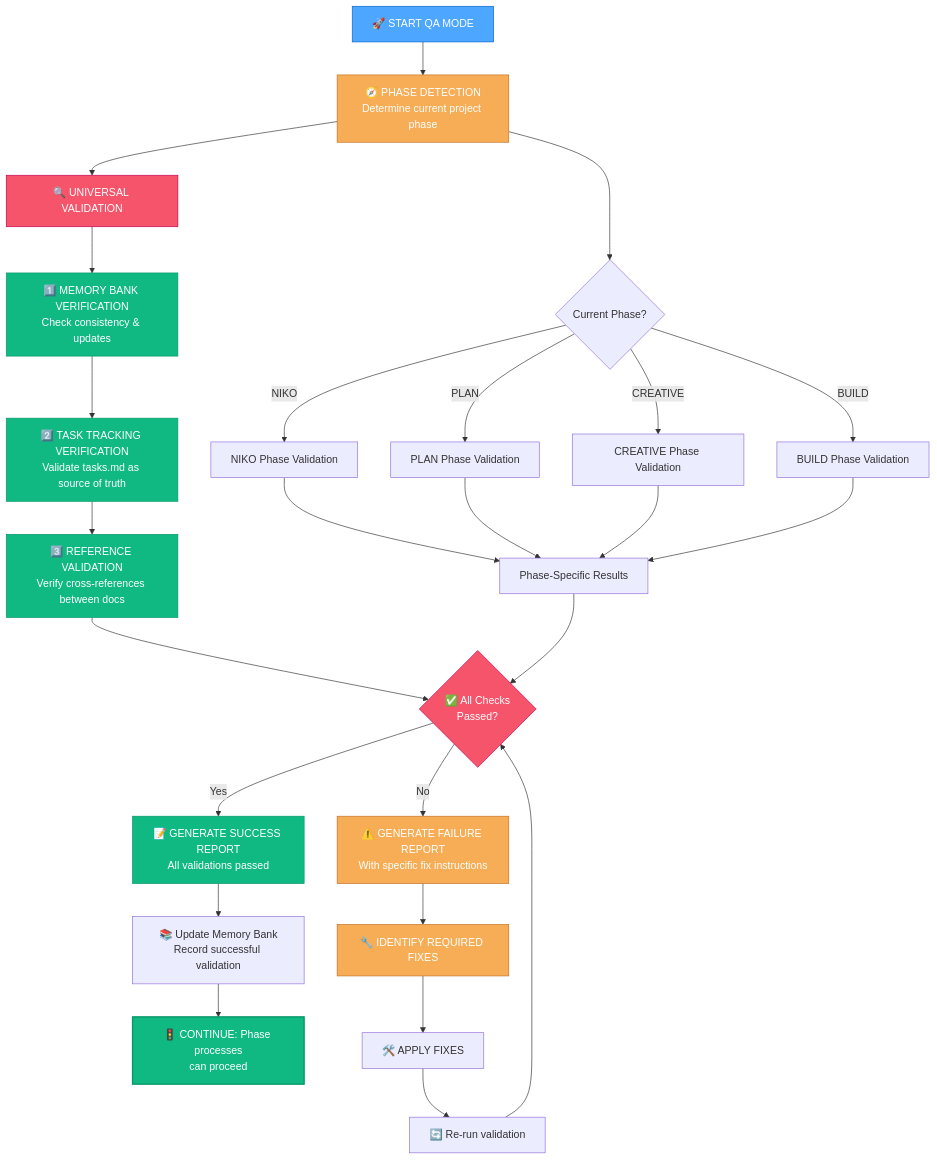
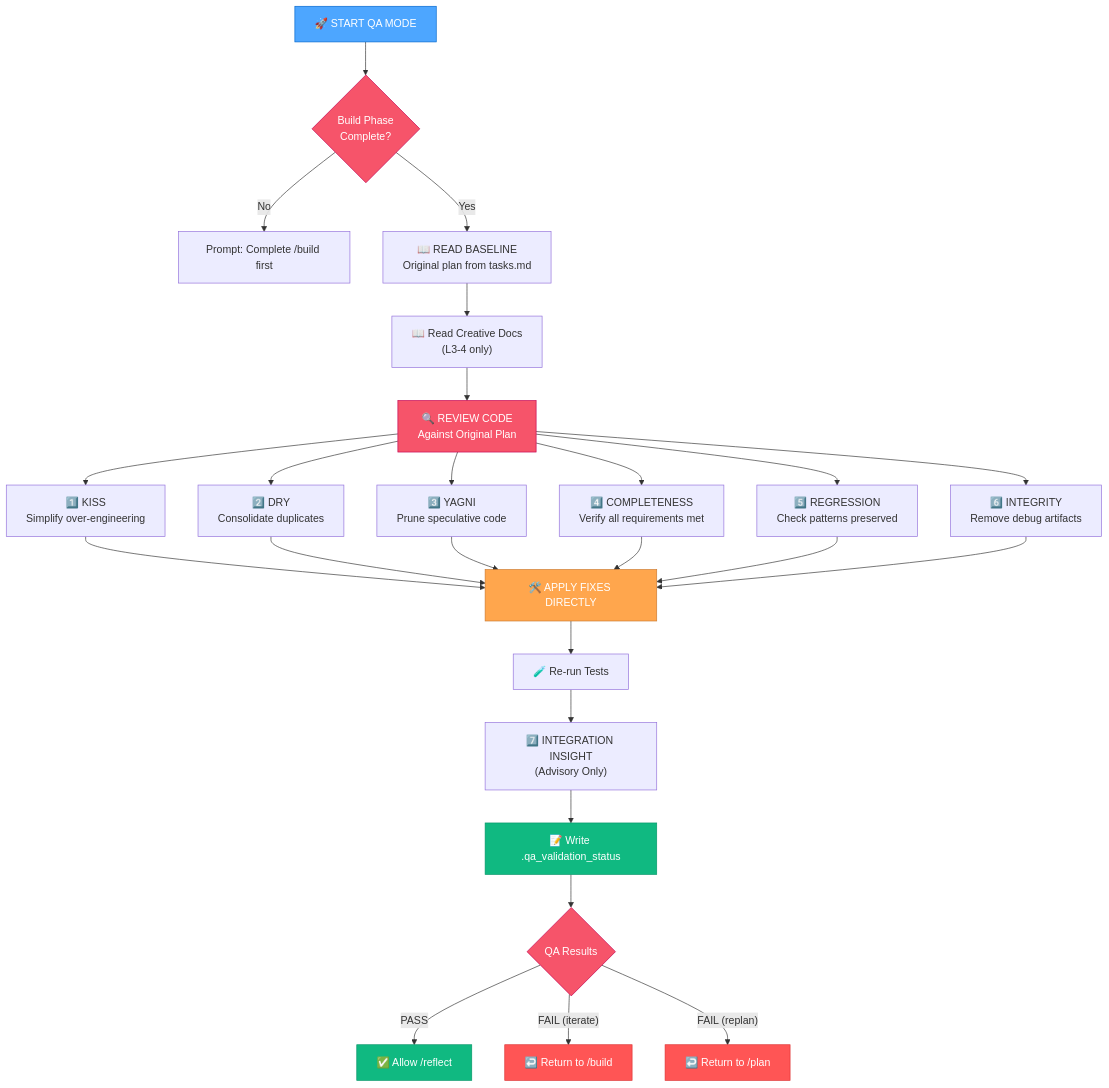
One commit to Texarkanine/.cursor-rules changed the first of 3 diagrams in rulesets/niko/niko/visual-maps/qa-mode-map.mdc. Above: the diagram before and after it, drawn with Mermaid. The commit also changed other lines of this file and 22 other files, not shown here.

````diff
--- a/rulesets/niko/niko/visual-maps/qa-mode-map.mdc
+++ b/rulesets/niko/niko/visual-maps/qa-mode-map.mdc
@@ -12,48 +13,36 @@
 ```mermaid
 graph TD
-    Start["🚀 START QA MODE"] --> DetectPhase["🧭 PHASE DETECTION<br>Determine current project phase"]
-    
-    %% Phase detection decision path
-    DetectPhase --> PhaseDetermination{"Current Phase?"}
-    PhaseDetermination -->|"NIKO"| NIKOChecks["NIKO Phase Validation"]
-    PhaseDetermination -->|"PLAN"| PLANChecks["PLAN Phase Validation"]
-    PhaseDetermination -->|"CREATIVE"| CREATIVEChecks["CREATIVE Phase Validation"] 
-    PhaseDetermination -->|"BUILD"| BUILDChecks["BUILD Phase Validation"]
-    
-    %% Universal checks that apply to all phases
-    DetectPhase --> UniversalChecks["🔍 UNIVERSAL VALIDATION"]
-    UniversalChecks --> MemoryBankCheck["1️⃣ MEMORY BANK VERIFICATION<br>Check consistency & updates"]
-    MemoryBankCheck --> TaskTrackingCheck["2️⃣ TASK TRACKING VERIFICATION<br>Validate tasks.md as source of truth"]
-    TaskTrackingCheck --> ReferenceCheck["3️⃣ REFERENCE VALIDATION<br>Verify cross-references between docs"]
-    
-    %% Phase-specific validations feed into comprehensive report
-    NIKOChecks & PLANChecks & CREATIVEChecks & BUILDChecks --> PhaseSpecificResults["Phase-Specific Results"]
-    ReferenceCheck & PhaseSpecificResults --> ValidationResults{"✅ All Checks<br>Passed?"}
-    
-    %% Results Processing
-    ValidationResults -->|"Yes"| SuccessReport["📝 GENERATE SUCCESS REPORT<br>All validations passed"]
-    ValidationResults -->|"No"| FailureReport["⚠️ GENERATE FAILURE REPORT<br>With specific fix instructions"]
-    
-    %% Success Path
-    SuccessReport --> UpdateMB["📚 Update Memory Bank<br>Record successful validation"]
-    UpdateMB --> ContinueProcess["🚦 CONTINUE: Phase processes<br>can proceed"]
-    
-    %% Failure Path
-    FailureReport --> IdentifyFixes["🔧 IDENTIFY REQUIRED FIXES"]
-    IdentifyFixes --> ApplyFixes["🛠️ APPLY FIXES"]
-    ApplyFixes --> Revalidate["🔄 Re-run validation"]
-    Revalidate --> ValidationResults
-    
-    %% Style nodes for clarity
+    Start["🚀 START QA MODE"] --> CheckBuild{"Build Phase<br>Complete?"}
+    CheckBuild -->|"No"| PromptBuild["Prompt: Complete /build first"]
+    CheckBuild -->|"Yes"| ReadBaseline["📖 READ BASELINE<br>Original plan from tasks.md"]
+
+    ReadBaseline --> ReadCreative["📖 Read Creative Docs<br>(L3-4 only)"]
+    ReadCreative --> ReviewCode["🔍 REVIEW CODE<br>Against Original Plan"]
+
+    ReviewCode --> KISS["1️⃣ KISS<br>Simplify over-engineering"]
+    ReviewCode --> DRY["2️⃣ DRY<br>Consolidate duplicates"]
+    ReviewCode --> YAGNI["3️⃣ YAGNI<br>Prune speculative code"]
+    ReviewCode --> Completeness["4️⃣ COMPLETENESS<br>Verify all requirements met"]
+    ReviewCode --> Regression["5️⃣ REGRESSION<br>Check patterns preserved"]
+    ReviewCode --> Integrity["6️⃣ INTEGRITY<br>Remove debug artifacts"]
+
+    KISS & DRY & YAGNI & Completeness & Regression & Integrity --> ApplyFixes["🛠️ APPLY FIXES DIRECTLY"]
+    ApplyFixes --> ReTest["🧪 Re-run Tests"]
+    ReTest --> IntegrationInsight["7️⃣ INTEGRATION INSIGHT<br>(Advisory Only)"]
+    IntegrationInsight --> WriteStatus["📝 Write .qa_validation_status"]
+    WriteStatus --> QAResults{"QA Results"}
+
+    QAResults -->|"PASS"| AllowReflect["✅ Allow /reflect"]
+    QAResults -->|"FAIL (iterate)"| ReturnBuild["↩️ Return to /build"]
+    QAResults -->|"FAIL (replan)"| ReturnPlan["↩️ Return to /plan"]
+
     style Start fill:#4da6ff,stroke:#0066cc,color:white
-    style DetectPhase fill:#f6ad55,stroke:#c27022,color:white
-    style UniversalChecks fill:#f6546a,stroke:#c30052,color:white
-    style MemoryBankCheck fill:#10b981,stroke:#059669,color:white
-    style TaskTrackingCheck fill:#10b981,stroke:#059669,color:white
-    style ReferenceCheck fill:#10b981,stroke:#059669,color:white
-    style ValidationResults fill:#f6546a,stroke:#c30052,color:white
-    style SuccessReport fill:#10b981,stroke:#059669,color:white
-    style FailureReport fill:#f6ad55,stroke:#c27022,color:white
-    style ContinueProcess fill:#10b981,stroke:#059669,color:white,stroke-width:2px
-    style IdentifyFixes fill:#f6ad55,stroke:#c27022,color:white
+    style CheckBuild fill:#f6546a,stroke:#c30052,color:white
+    style ReviewCode fill:#f6546a,stroke:#c30052,color:white
+    style ApplyFixes fill:#ffa64d,stroke:#cc7a30,color:white
+    style WriteStatus fill:#10b981,stroke:#059669,color:white
+    style QAResults fill:#f6546a,stroke:#c30052,color:white
+    style AllowReflect fill:#10b981,stroke:#059669,color:white
+    style ReturnBuild fill:#ff5555,stroke:#dd3333,color:white
+    style ReturnPlan fill:#ff5555,stroke:#dd3333,color:white
 ```
````
